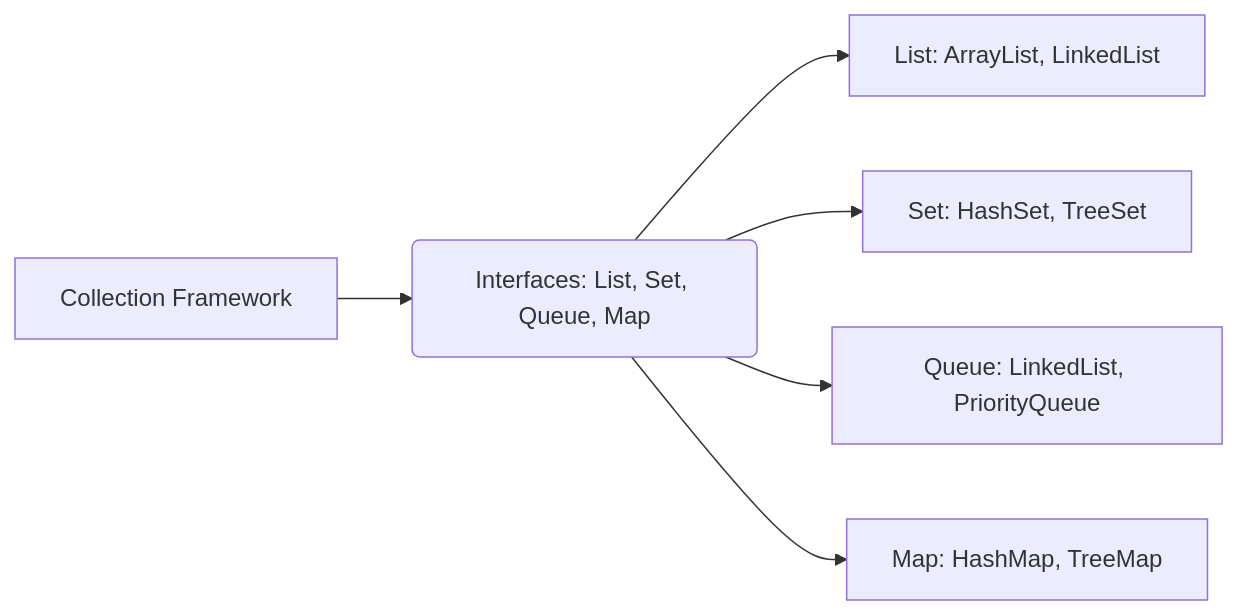
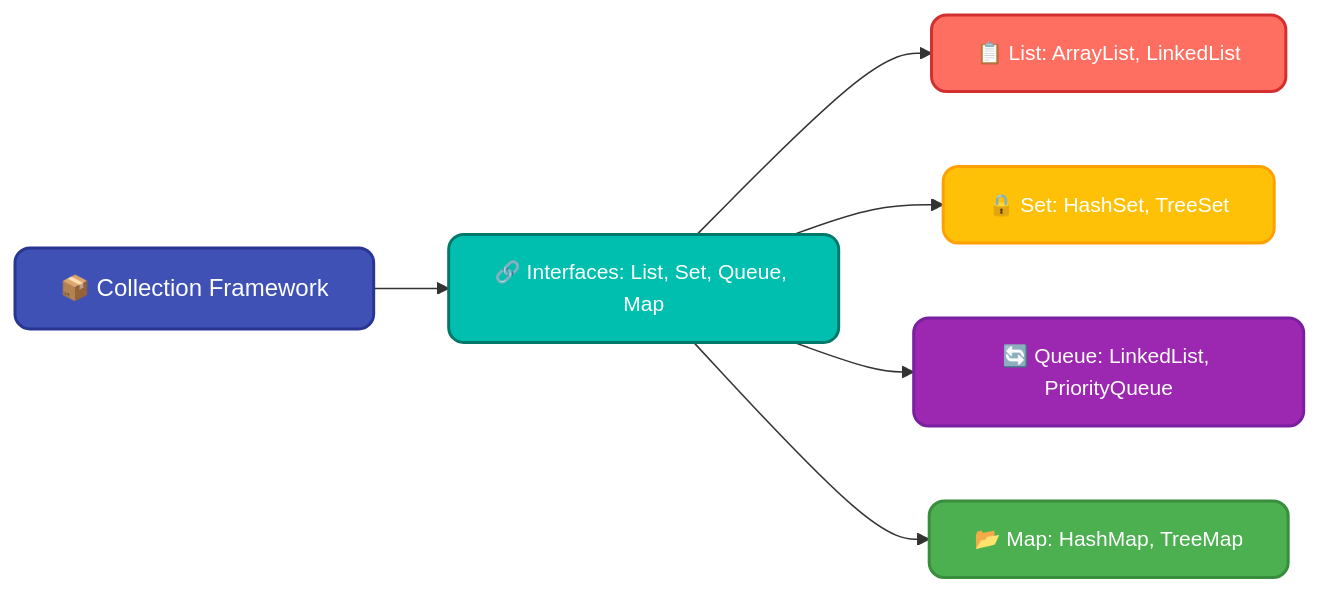
Before and after one commit to infoyouth/infoyouth.github.io: the first of 14 diagrams in _posts/2024-12-31-13.-collection-framework-in-java.md, drawn with Mermaid. The commit also changed other lines of this file and 1 other file, not shown here.

````diff
--- a/_posts/2024-12-31-13.-collection-framework-in-java.md
+++ b/_posts/2024-12-31-13.-collection-framework-in-java.md
@@ -44,8 +64,23 @@
 ```mermaid
 graph LR
-    A[Collection Framework] --> B(Interfaces: List, Set, Queue, Map);
-    B --> C[List: ArrayList, LinkedList];
-    B --> D[Set: HashSet, TreeSet];
-    B --> E[Queue: LinkedList, PriorityQueue];
-    B --> F[Map: HashMap, TreeMap];
+    A[📦 Collection Framework] --> B[🔗 Interfaces: List, Set, Queue, Map]
+    B --> C[📋 List: ArrayList, LinkedList]
+    B --> D[🔒 Set: HashSet, TreeSet]
+    B --> E[🔄 Queue: LinkedList, PriorityQueue]
+    B --> F[📂 Map: HashMap, TreeMap]
+
+    class A frameworkNode
+    class B interfaceNode
+    class C listNode
+    class D setNode
+    class E queueNode
+    class F mapNode
+
+    classDef frameworkNode fill:#3F51B5,stroke:#283593,color:#FFFFFF,font-size:16px,stroke-width:2px,rx:10px;
+    classDef interfaceNode fill:#00BFAE,stroke:#00796B,color:#FFFFFF,font-size:14px,stroke-width:2px,rx:10px;
+    classDef listNode fill:#FF6F61,stroke:#D32F2F,color:#FFFFFF,font-size:14px,stroke-width:2px,rx:10px;
+    classDef setNode fill:#FFC107,stroke:#FFA000,color:#FFFFFF,font-size:14px,stroke-width:2px,rx:10px;
+    classDef queueNode fill:#9C27B0,stroke:#7B1FA2,color:#FFFFFF,font-size:14px,stroke-width:2px,rx:10px;
+    classDef mapNode fill:#4CAF50,stroke:#388E3C,color:#FFFFFF,font-size:14px,stroke-width:2px,rx:10px;
+
 ```
````
